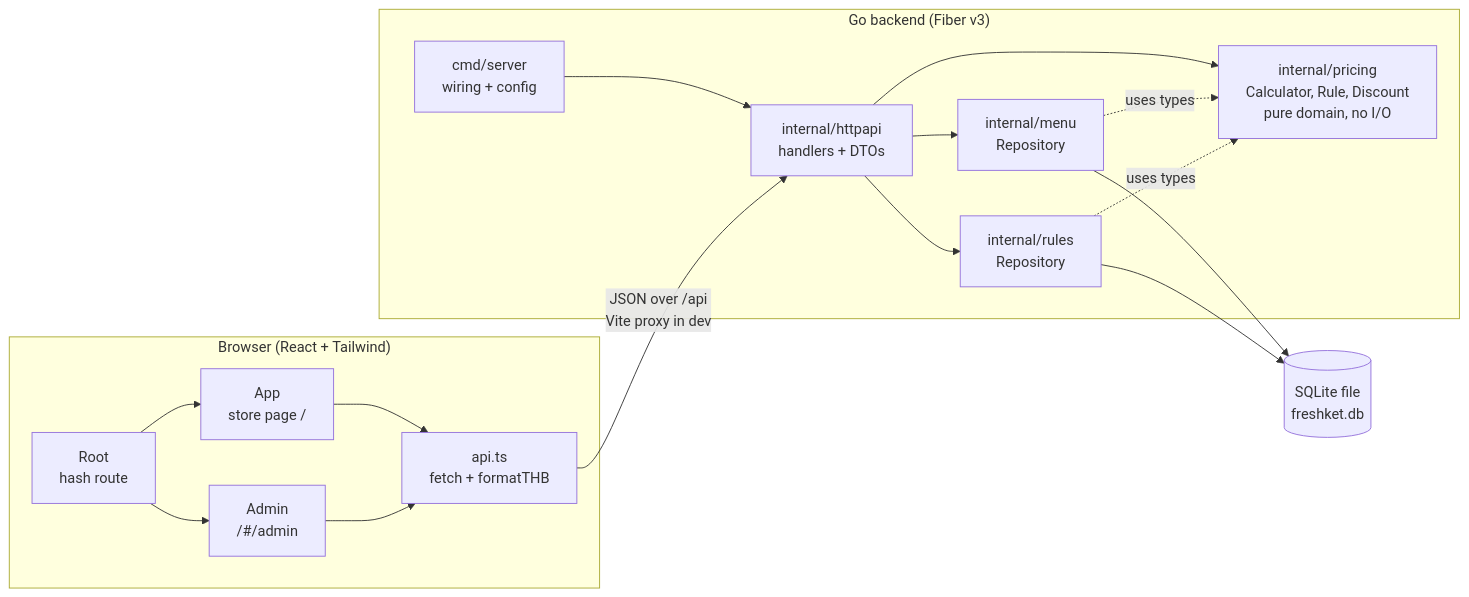
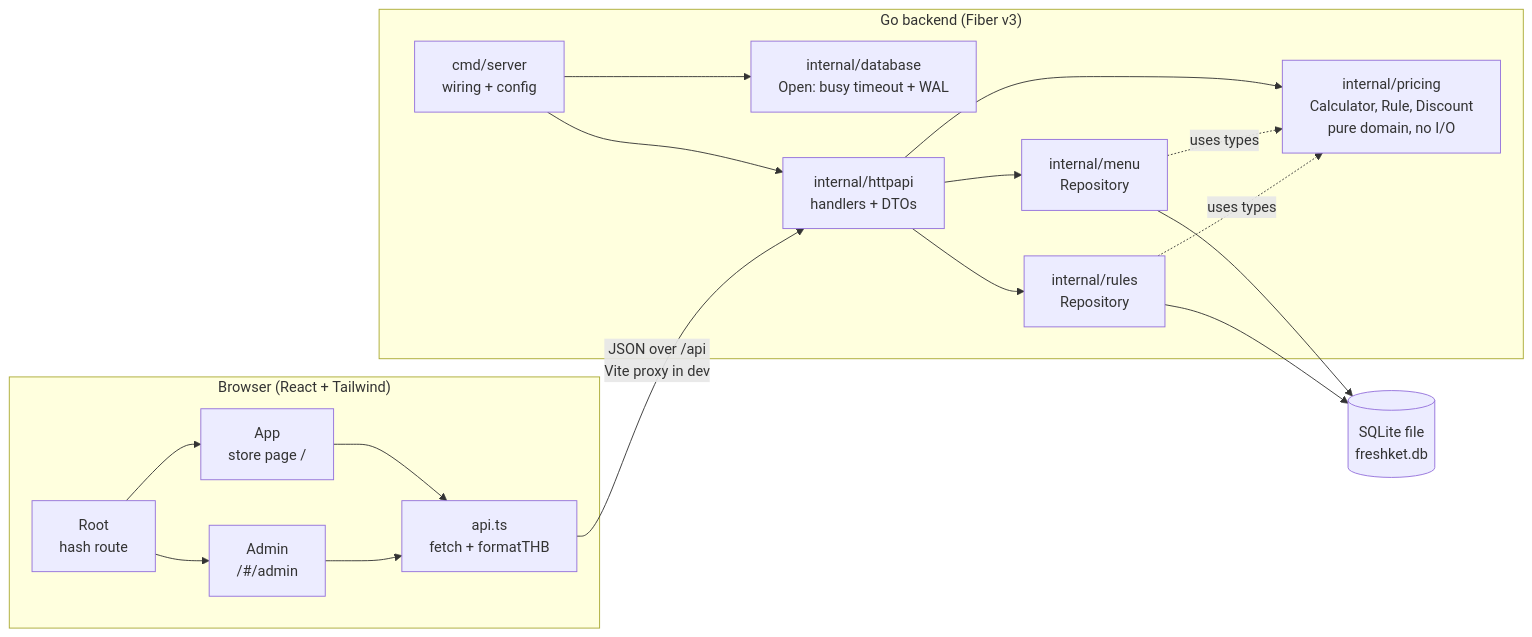
One commit to Gravizz/freshket changed the first of 8 diagrams in docs/ARCHITECTURE.md. Above: the diagram before and after it, drawn with Mermaid. The commit also changed other lines of this file and 5 other files, not shown here.

````diff
--- a/docs/ARCHITECTURE.md
+++ b/docs/ARCHITECTURE.md
@@ -16,33 +16,35 @@
 ```mermaid
 flowchart LR
     subgraph Browser["Browser (React + Tailwind)"]
         Root["Root<br/>hash route"]
         Store["App<br/>store page /"]
         Admin["Admin<br/>/#/admin"]
         API["api.ts<br/>fetch + formatTHB"]
         Root --> Store
         Root --> Admin
         Store --> API
         Admin --> API
     end
 
     subgraph Server["Go backend (Fiber v3)"]
         Main["cmd/server<br/>wiring + config"]
+        DBPkg["internal/database<br/>Open: busy timeout + WAL"]
         HTTP["internal/httpapi<br/>handlers + DTOs"]
         Pricing["internal/pricing<br/>Calculator, Rule, Discount<br/>pure domain, no I/O"]
         Menu["internal/menu<br/>Repository"]
         Rules["internal/rules<br/>Repository"]
+        Main --> DBPkg
         Main --> HTTP
         HTTP --> Pricing
         HTTP --> Menu
         HTTP --> Rules
         Menu -. "uses types" .-> Pricing
         Rules -. "uses types" .-> Pricing
     end
 
     DB[("SQLite file<br/>freshket.db")]
 
     API -- "JSON over /api<br/>Vite proxy in dev" --> HTTP
     Menu --> DB
     Rules --> DB
 ```
````
